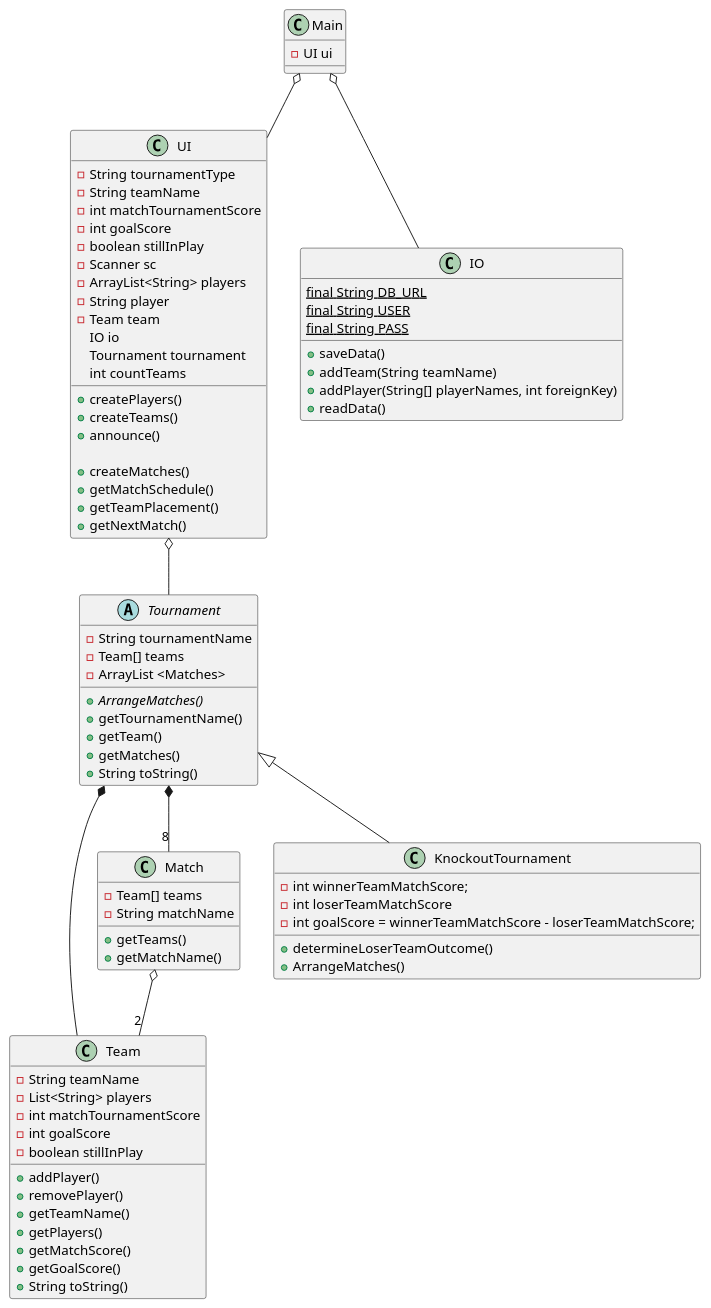
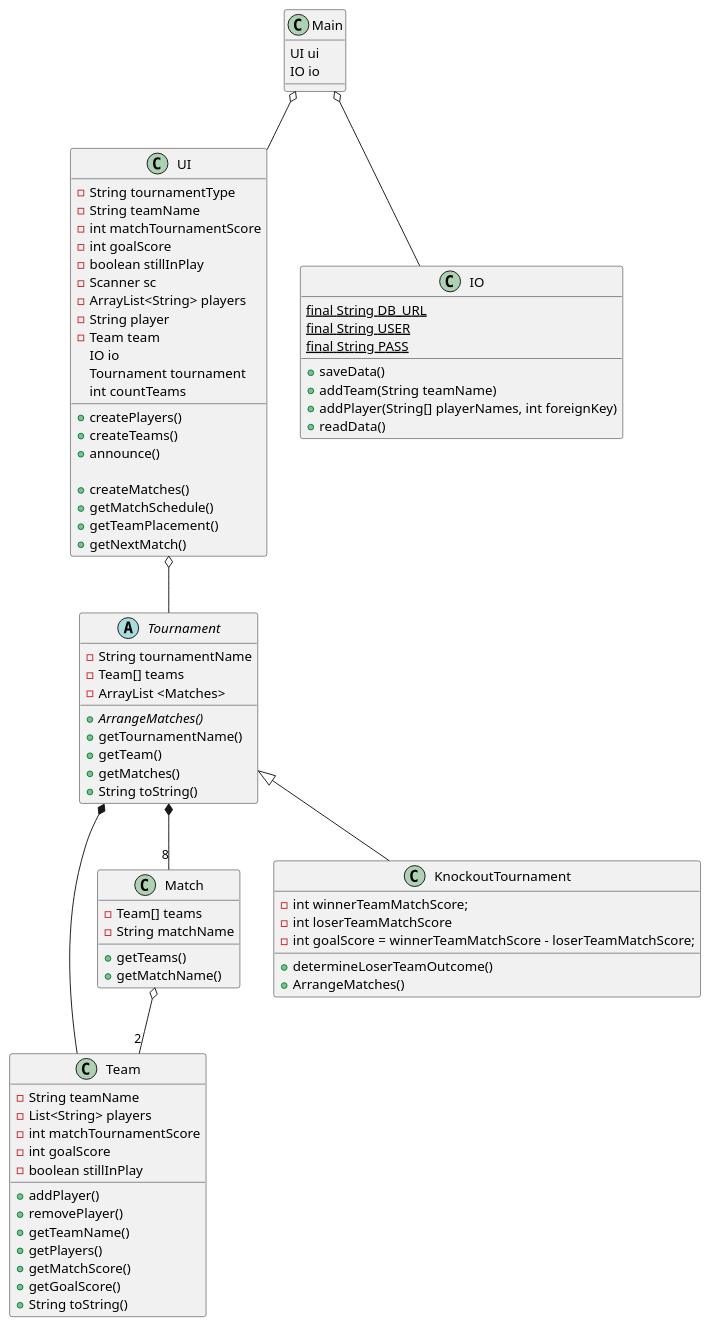
Before and after one commit to DeRp-DaWg/SP3: the diagram in doc/Class.puml, drawn with PlantUML.

```diff
--- a/doc/Class.puml
+++ b/doc/Class.puml
@@ -1,90 +1,91 @@
 @startuml
 'https://plantuml.com/class-diagram
 
 class Main{
--UI ui
+UI ui
+IO io
 }
 
 
 class Team {
 -String teamName
 -List<String> players
 -int matchTournamentScore
 -int goalScore
 -boolean stillInPlay
 +addPlayer()
 +removePlayer()
 +getTeamName()
 +getPlayers()
 +getMatchScore()
 +getGoalScore()
 +String toString()
 }
 
 class Match{
 -Team[] teams
 -String matchName
 +getTeams()
 +getMatchName()
 }
 
 abstract Tournament {
 -String tournamentName
 -Team[] teams
 -ArrayList <Matches>
 +{abstract}ArrangeMatches()
 +getTournamentName()
 +getTeam()
 +getMatches()
 +String toString()
 }
 
 class KnockoutTournament{
 -int winnerTeamMatchScore;
 -int loserTeamMatchScore
 -int goalScore = winnerTeamMatchScore - loserTeamMatchScore;
 +determineLoserTeamOutcome()
 +ArrangeMatches()
 }
 
 class UI {
 -String tournamentType
 -String teamName
 -int matchTournamentScore
 -int goalScore
 -boolean stillInPlay
 -Scanner sc
 -ArrayList<String> players
 -String player
 -Team team
 IO io
 Tournament tournament
 int countTeams
 +createPlayers()
 +createTeams()
 + announce()
 
 +createMatches()
 +getMatchSchedule()
 +getTeamPlacement()
 +getNextMatch()
 }
 
 class IO {
 {static}final String DB_URL
 {static}final String USER
 {static}final String PASS
 +saveData()
 +addTeam(String teamName)
 +addPlayer(String[] playerNames, int foreignKey)
 +readData()
 }
 
 UI o-- Tournament
 Main o-- IO
 Tournament *-- "8" Match
 Tournament *-- Team
 Match o-- "2" Team
 Tournament <|-- KnockoutTournament
 Main o-- UI
 @enduml
```
